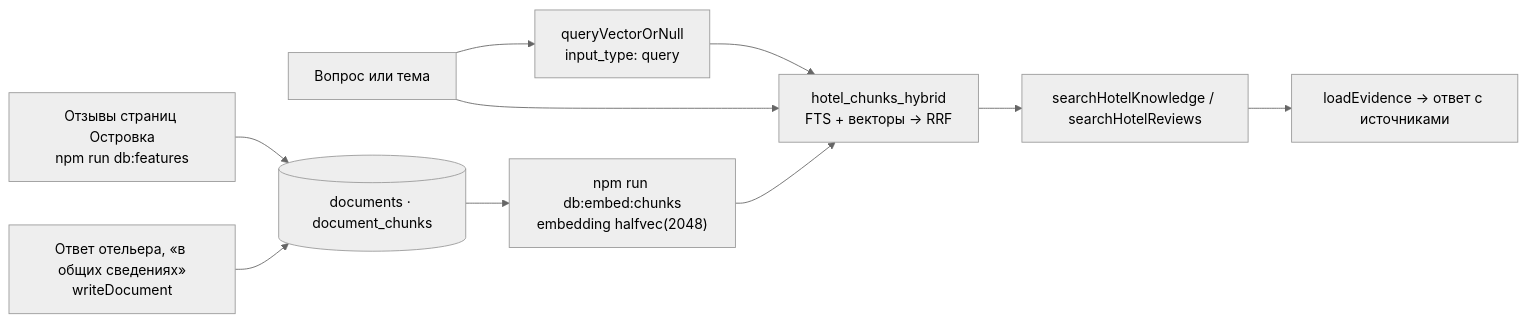
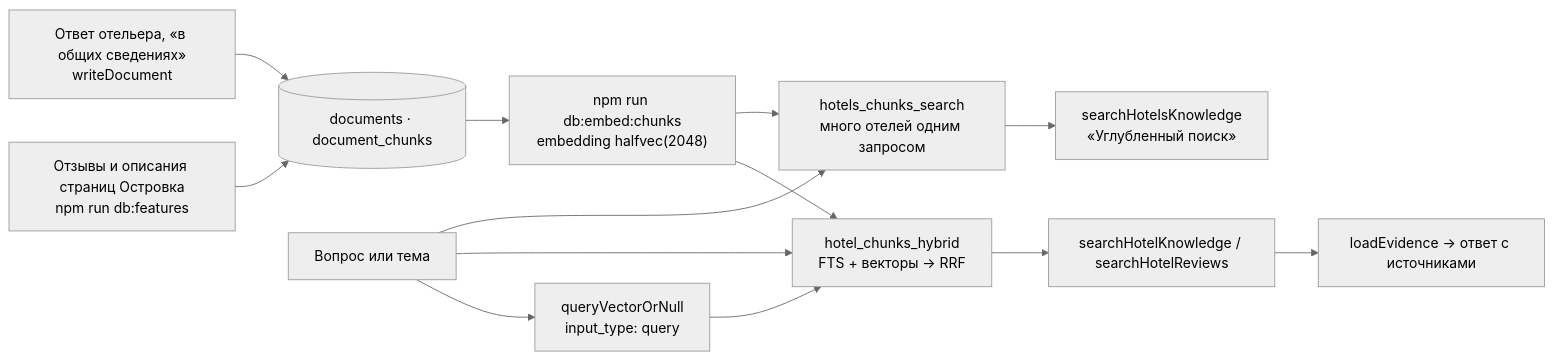
One commit to LeonidAlekseev/ostrovok-concept changed the third of 5 diagrams in docs/retrieval.md. Above: the diagram before and after it, drawn with Mermaid (neutral theme). The commit also changed other lines of this file and 32 other files, not shown here.

First line of the commit message:
feat(assistant): «Углубленный поиск» двумя шагами по всем документам отеля

````diff
--- a/docs/retrieval.md
+++ b/docs/retrieval.md
@@ -213,12 +213,15 @@
 ```mermaid
 flowchart LR
-  P["Отзывы страниц Островка<br/>npm run db:features"] --> D[("documents · document_chunks")]
+  P["Отзывы и описания страниц Островка<br/>npm run db:features"] --> D[("documents · document_chunks")]
   O["Ответ отельера, «в общих сведениях»<br/>writeDocument"] --> D
   D --> M["npm run db:embed:chunks<br/>embedding halfvec(2048)"]
   Q["Вопрос или тема"] --> QV["queryVectorOrNull<br/>input_type: query"]
   QV --> H["hotel_chunks_hybrid<br/>FTS + векторы → RRF"]
   Q --> H
   M --> H
   H --> C["searchHotelKnowledge / searchHotelReviews"]
+  Q --> HS["hotels_chunks_search<br/>много отелей одним запросом"]
+  M --> HS
+  HS --> C2["searchHotelsKnowledge<br/>«Углубленный поиск»"]
   C --> X["loadEvidence → ответ с источниками"]
 ```
````
